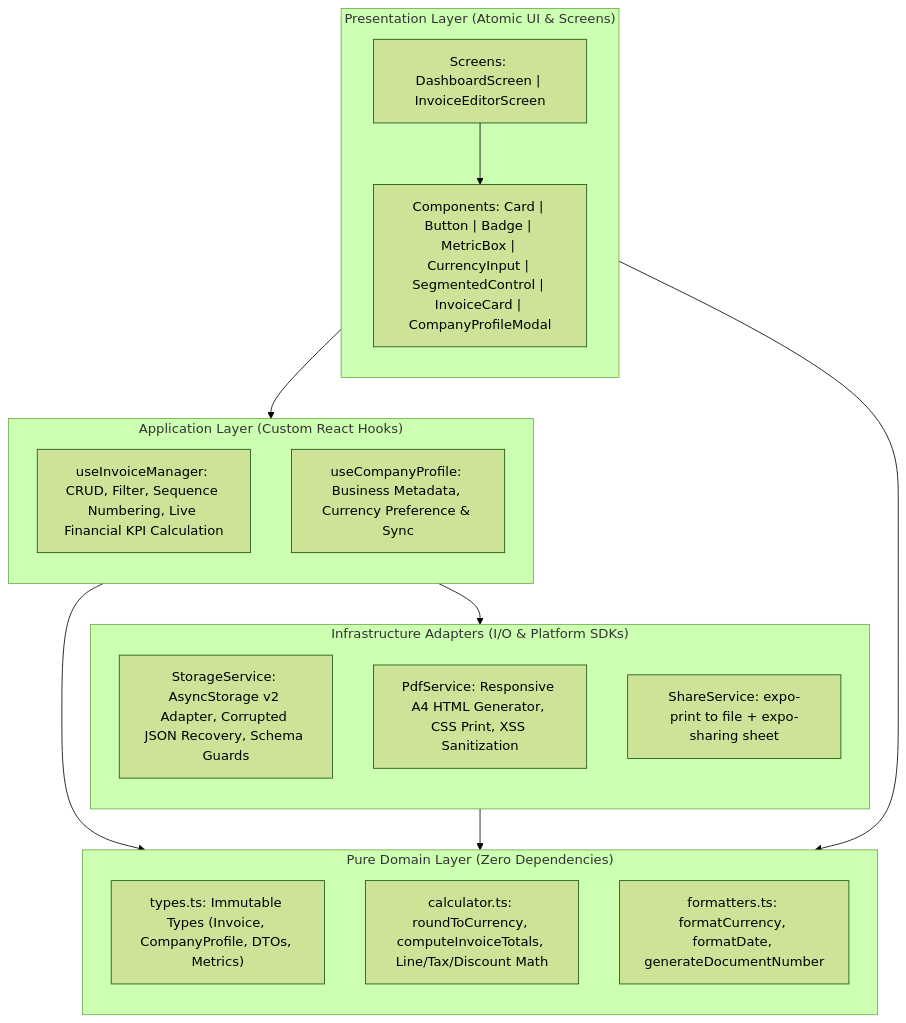
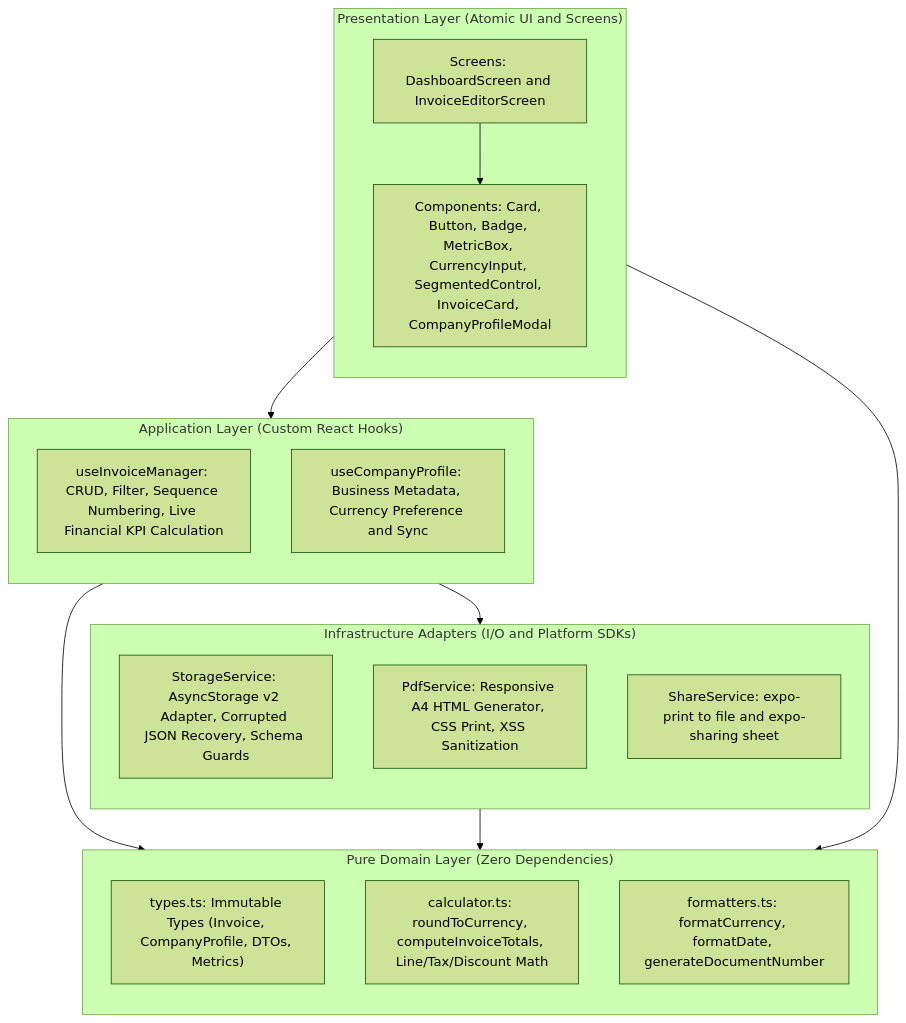
The second of 2 diagrams in README.md (HeriCraft/facturix), drawn with Mermaid (forest theme) before and after one commit. The commit also changed other lines of this file, not shown here.

Commit message:
doc: fix flow diagram

````diff
--- a/README.md
+++ b/README.md
@@ -134,35 +137,35 @@
 ```mermaid
 graph TD
-    subgraph UI ["Presentation Layer (Atomic UI & Screens)"]
+    subgraph UI ["Presentation Layer (Atomic UI and Screens)"]
         direction TB
-        Screens["Screens: DashboardScreen | InvoiceEditorScreen"]
-        Components["Components: Card | Button | Badge | MetricBox | CurrencyInput | SegmentedControl | InvoiceCard | CompanyProfileModal"]
+        Screens["Screens: DashboardScreen and InvoiceEditorScreen"]
+        Components["Components: Card, Button, Badge, MetricBox, CurrencyInput, SegmentedControl, InvoiceCard, CompanyProfileModal"]
     end
 
     subgraph Application ["Application Layer (Custom React Hooks)"]
         direction TB
         Hook1["useInvoiceManager: CRUD, Filter, Sequence Numbering, Live Financial KPI Calculation"]
-        Hook2["useCompanyProfile: Business Metadata, Currency Preference & Sync"]
+        Hook2["useCompanyProfile: Business Metadata, Currency Preference and Sync"]
     end
 
-    subgraph Infrastructure ["Infrastructure Adapters (I/O & Platform SDKs)"]
+    subgraph Infrastructure ["Infrastructure Adapters (I/O and Platform SDKs)"]
         direction TB
         Storage["StorageService: AsyncStorage v2 Adapter, Corrupted JSON Recovery, Schema Guards"]
         PDF["PdfService: Responsive A4 HTML Generator, CSS Print, XSS Sanitization"]
-        Share["ShareService: expo-print to file + expo-sharing sheet"]
+        Share["ShareService: expo-print to file and expo-sharing sheet"]
     end
 
     subgraph Domain ["Pure Domain Layer (Zero Dependencies)"]
         direction TB
         Types["types.ts: Immutable Types (Invoice, CompanyProfile, DTOs, Metrics)"]
         Calc["calculator.ts: roundToCurrency, computeInvoiceTotals, Line/Tax/Discount Math"]
         Fmt["formatters.ts: formatCurrency, formatDate, generateDocumentNumber"]
     end
 
     Screens --> Components
     Screens --> Application
     Components --> Domain
     Application --> Infrastructure
     Application --> Domain
     Infrastructure --> Domain
 ```
````
